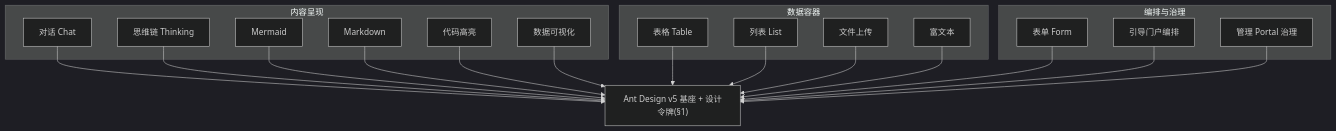
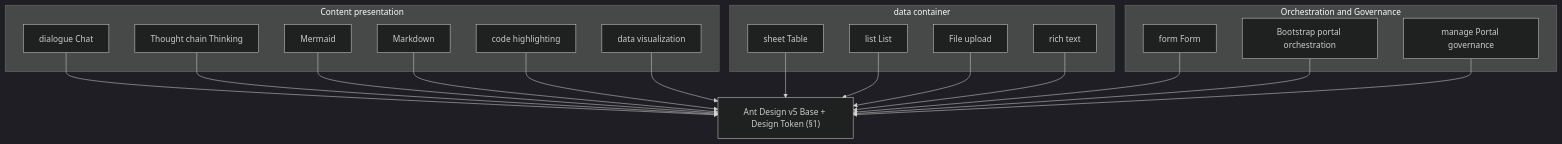
One commit to open-strata-ai/ai-ui-kit changed the second of 6 diagrams in design/DESIGN.md. Above: the diagram before and after it, drawn with Mermaid (dark theme). The commit also changed other lines of this file and 13 other files, not shown here.

````diff
--- a/design/DESIGN.md
+++ b/design/DESIGN.md
@@ -107,24 +107,24 @@
 ```mermaid
 graph TB
-    subgraph 内容呈现
-        A[对话 Chat]
-        B[思维链 Thinking]
+    subgraph Content presentation
+        A[dialogue Chat]
+        B[Thought chain Thinking]
         E[Mermaid]
         F[Markdown]
-        G[代码高亮]
-        H[数据可视化]
+        G[code highlighting]
+        H[data visualization]
     end
-    subgraph 数据容器
-        C[表格 Table]
-        D[列表 List]
-        J[文件上传]
-        I[富文本]
+    subgraph data container
+        C[sheet Table]
+        D[list List]
+        J[File upload]
+        I[rich text]
     end
-    subgraph 编排与治理
-        K[表单 Form]
-        L[引导门户编排]
-        M[管理 Portal 治理]
+    subgraph Orchestration and Governance
+        K[form Form]
+        L[Bootstrap portal orchestration]
+        M[manage Portal governance]
     end
-    BASE["Ant Design v5 基座 + 设计令牌(§1)"]
+    BASE["Ant Design v5 Base + Design Token (§1)"]
     A & B & C & D & E & F & G & H & I & J & K & L & M --> BASE
 ```
````
